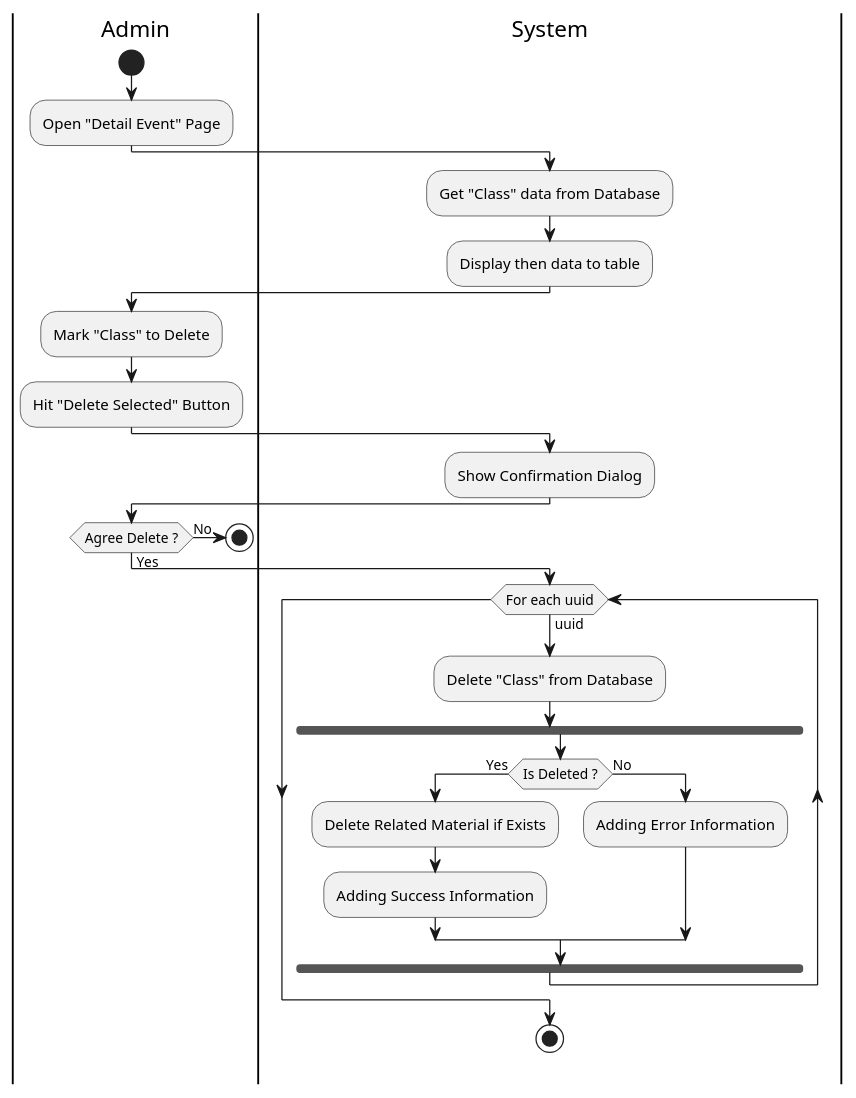
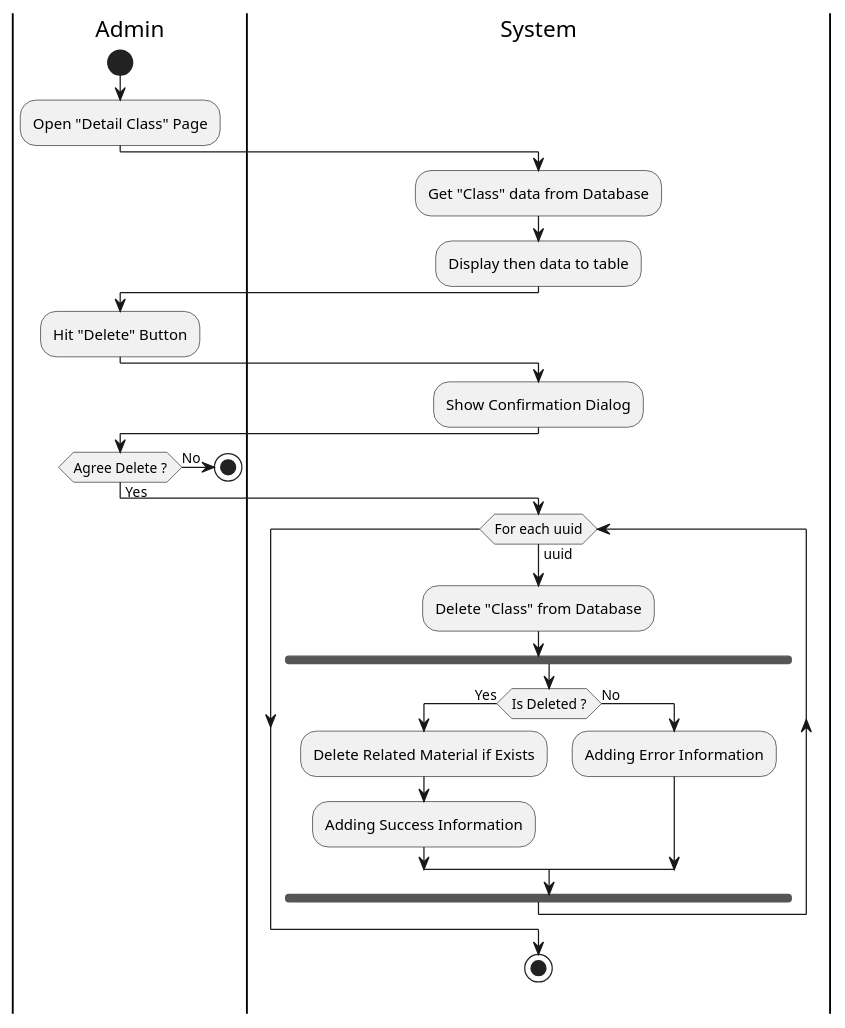
Before and after one commit to fwidjaya20/fazzlearning-uml: the diagram in Activity/Release01/DeleteClass.wsd, drawn with PlantUML. The commit also changed 1 other file, not shown here.

Commit message:
activity: changing flow

```diff
--- a/Activity/Release01/DeleteClass.wsd
+++ b/Activity/Release01/DeleteClass.wsd
@@ -1,41 +1,40 @@
 @startuml DeleteClass
 
 skinparam ConditionEndStyle hline
 skinparam Monochrome true
 skinparam Shadowing false
 
 |Admin|
 start
-:Open "Detail Event" Page;
+:Open "Detail Class" Page;
 
 |System|
 :Get "Class" data from Database;
 :Display then data to table;
 
 |Admin|
-:Mark "Class" to Delete;
-:Hit "Delete Selected" Button;
+:Hit "Delete" Button;
 
 |System|
 :Show Confirmation Dialog;
 
 |Admin|
 if (Agree Delete ?) then (No)
     stop
 else (Yes)
     |System|
     while (For each uuid) is (uuid)
         :Delete "Class" from Database;
         fork
             |System|
             if (Is Deleted ?) then (Yes)
                 :Delete Related Material if Exists;
                 :Adding Success Information;
             else (No)
                 :Adding Error Information;
             endif
         endfork
     endwhile
     stop
 endif
 @enduml
```
